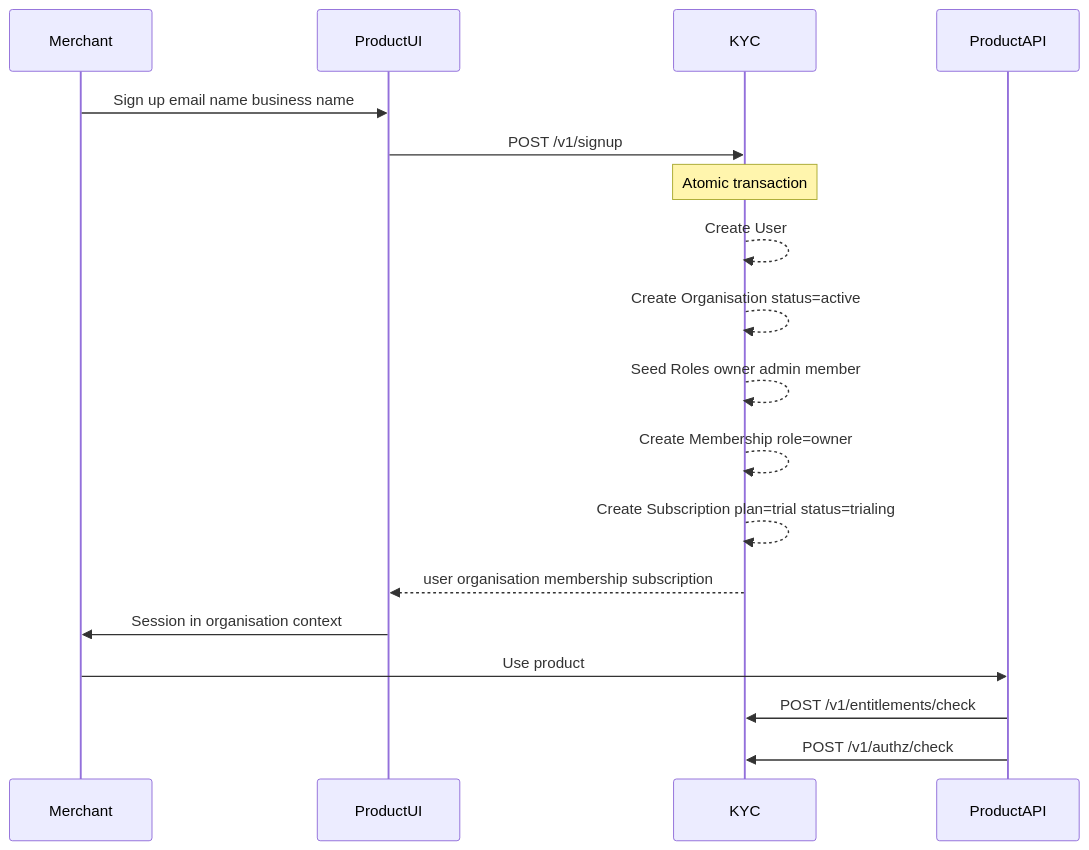
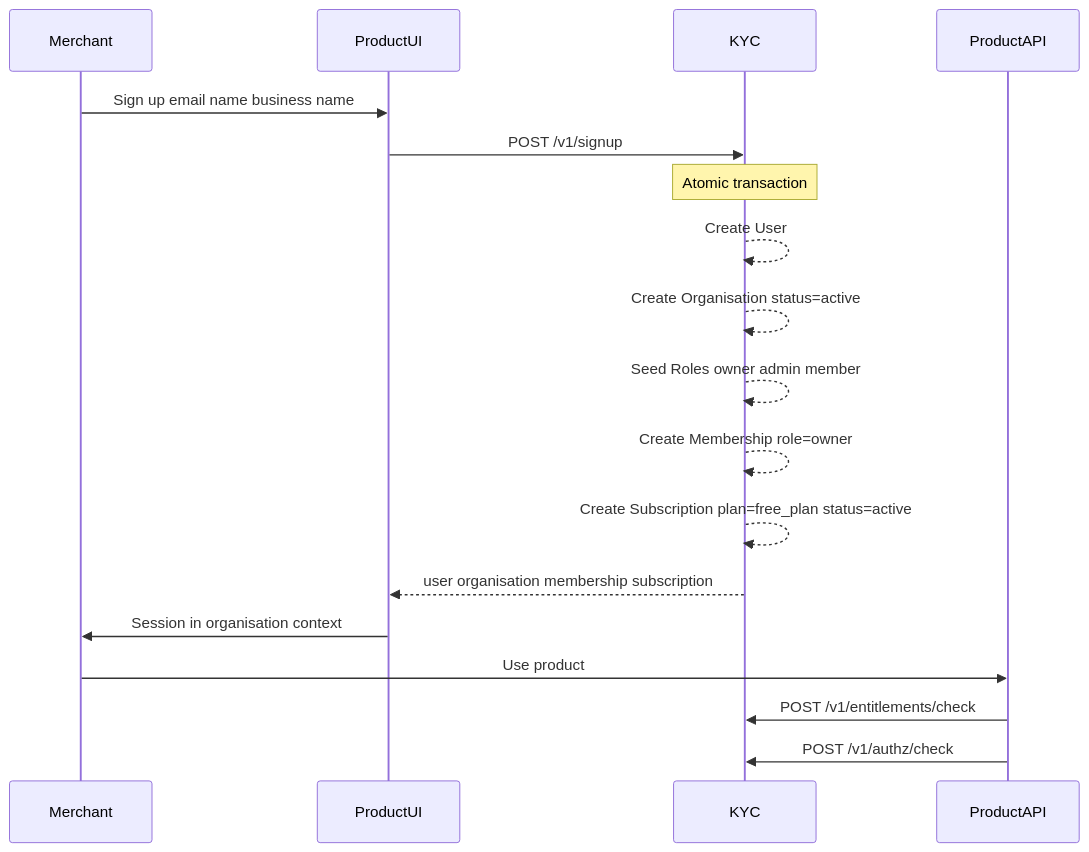
One commit to gsarmaonline/kycapp changed the diagram in docs/flows.md. Above: the diagram before and after it, drawn with Mermaid. The commit also changed other lines of this file and 10 other files, not shown here.

First line of the commit message:
Default new organisations to free_plan.

````diff
--- a/docs/flows.md
+++ b/docs/flows.md
@@ -17,21 +17,21 @@
 ```mermaid
 sequenceDiagram
   participant Merchant
   participant ProductUI
   participant KYC
   participant ProductAPI
 
   Merchant->>ProductUI: Sign up email name business name
   ProductUI->>KYC: POST /v1/signup
   Note over KYC: Atomic transaction
   KYC-->>KYC: Create User
   KYC-->>KYC: Create Organisation status=active
   KYC-->>KYC: Seed Roles owner admin member
   KYC-->>KYC: Create Membership role=owner
-  KYC-->>KYC: Create Subscription plan=trial status=trialing
+  KYC-->>KYC: Create Subscription plan=free_plan status=active
   KYC-->>ProductUI: user organisation membership subscription
   ProductUI->>Merchant: Session in organisation context
   Merchant->>ProductAPI: Use product
   ProductAPI->>KYC: POST /v1/entitlements/check
   ProductAPI->>KYC: POST /v1/authz/check
 ```
````
